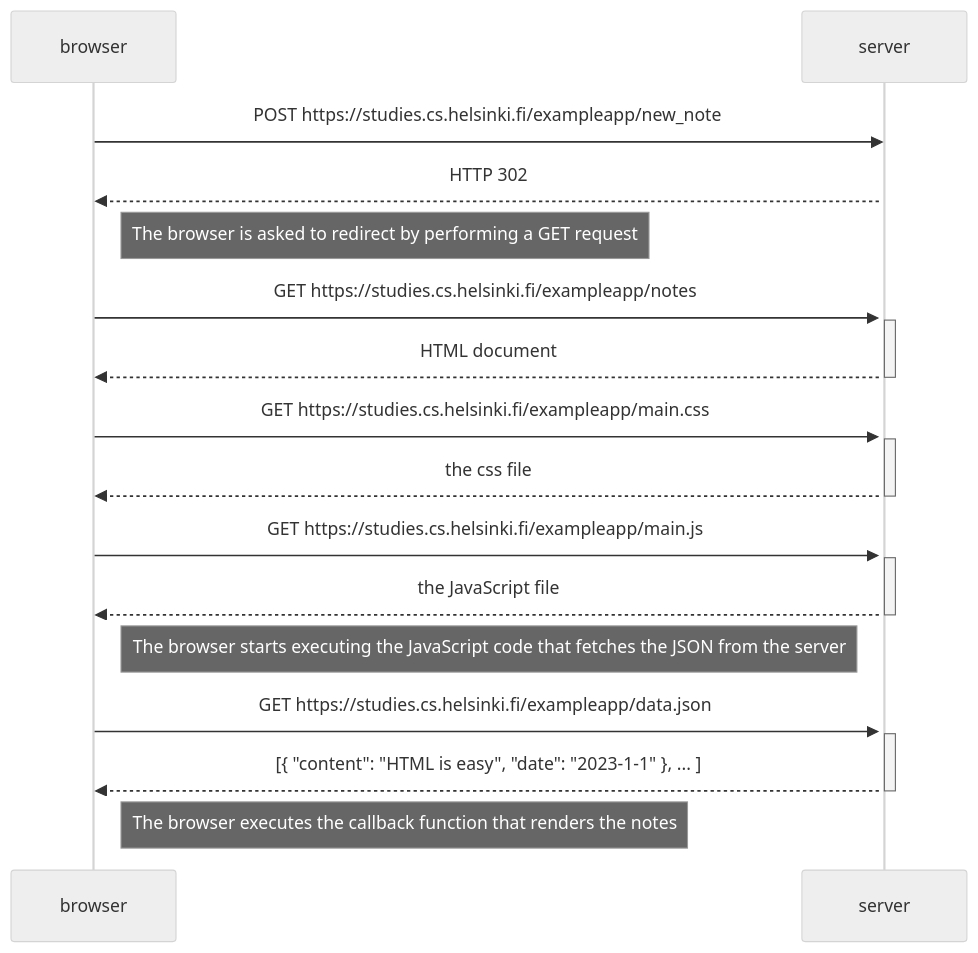
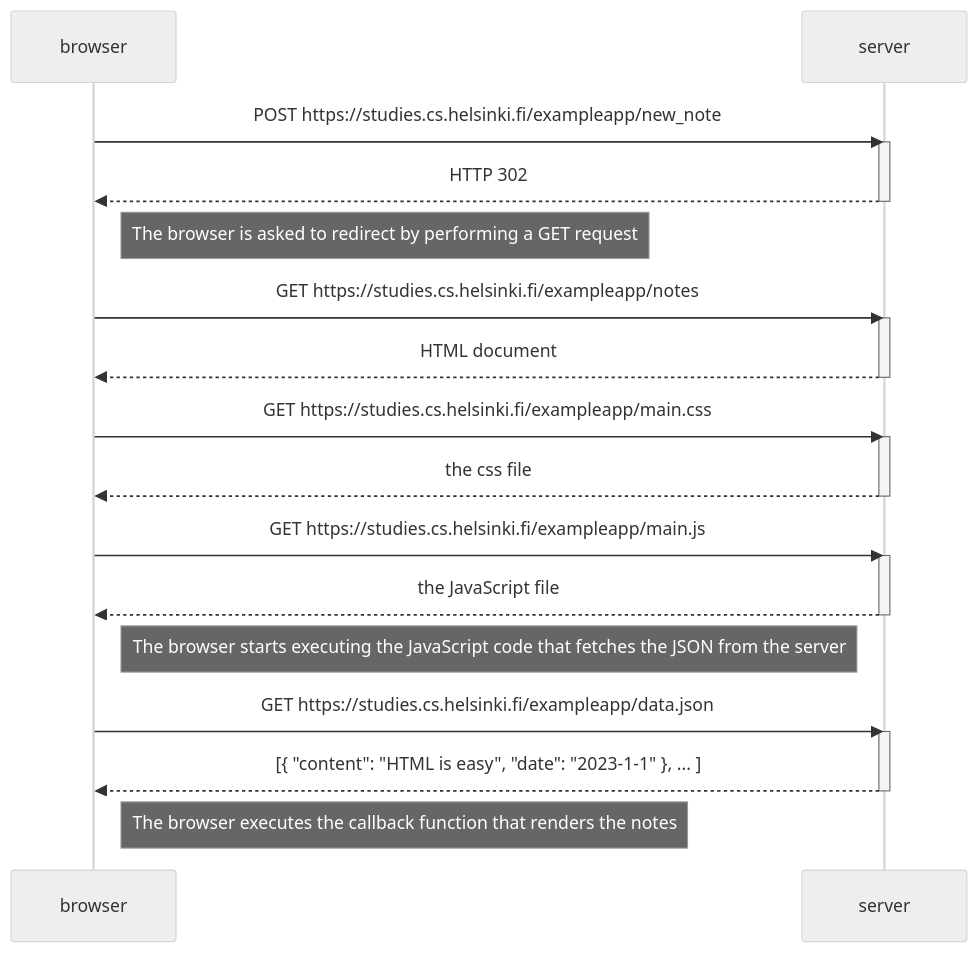
One commit to RicardoEMeadowcroft/Fullstack changed the diagram in part0/new_note_diagram.md. Above: the diagram before and after it, drawn with Mermaid (neutral theme).

````diff
--- a/part0/new_note_diagram.md
+++ b/part0/new_note_diagram.md
@@ -1,36 +1,37 @@
 ```mermaid
 sequenceDiagram
     participant browser
     participant server
 
     browser->>server: POST https://studies.cs.helsinki.fi/exampleapp/new_note
     activate server
     server-->>browser: HTTP 302
+    deactivate server
 
     Note right of browser: The browser is asked to redirect by performing a GET request
 
     browser->>server: GET https://studies.cs.helsinki.fi/exampleapp/notes
     activate server
     server-->>browser: HTML document
     deactivate server
 
     browser->>server: GET https://studies.cs.helsinki.fi/exampleapp/main.css
     activate server
     server-->>browser: the css file
     deactivate server
 
     browser->>server: GET https://studies.cs.helsinki.fi/exampleapp/main.js
     activate server
     server-->>browser: the JavaScript file
     deactivate server
 
     Note right of browser: The browser starts executing the JavaScript code that fetches the JSON from the server
 
     browser->>server: GET https://studies.cs.helsinki.fi/exampleapp/data.json
     activate server
     server-->>browser: [{ "content": "HTML is easy", "date": "2023-1-1" }, ... ]
     deactivate server
 
     Note right of browser: The browser executes the callback function that renders the notes
 
 ```
````
